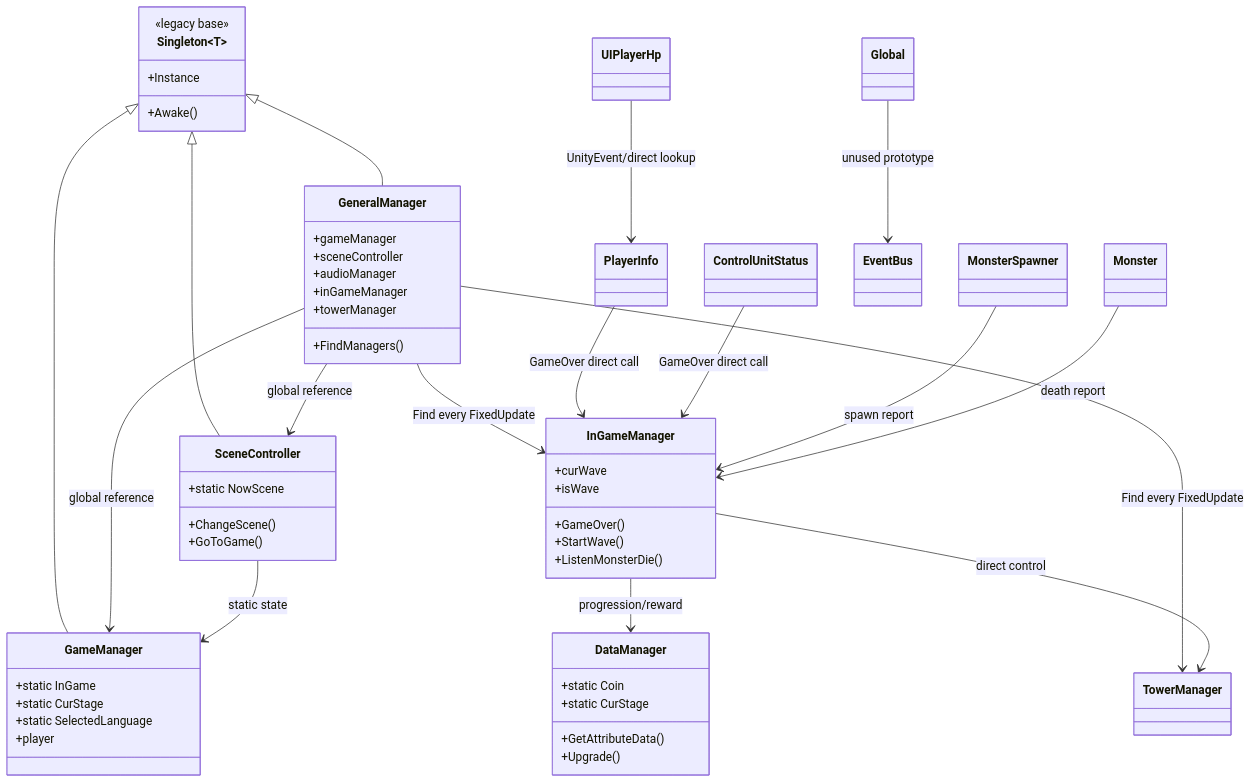
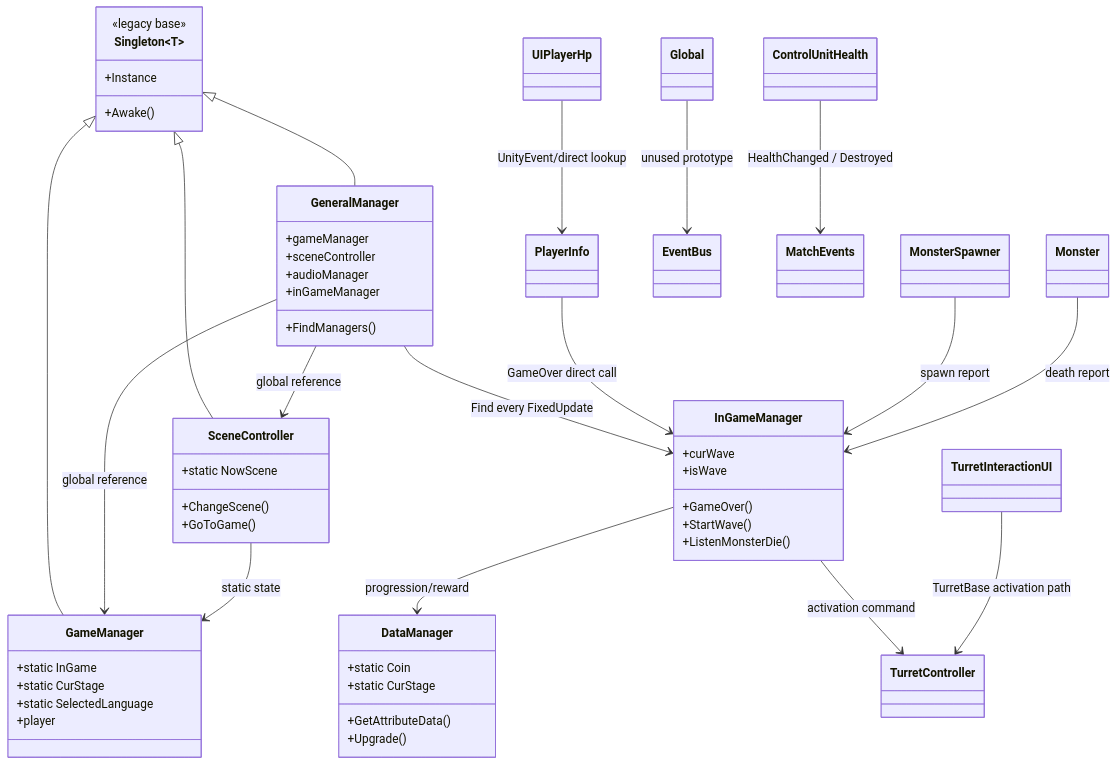
The first of 2 diagrams in Docs/architecture/architecture-rebuild-notes.md (Team-HJD-21/unity-6-the-developer), drawn with Mermaid before and after one commit. The commit also changed other lines of this file and 75 other files, not shown here.

````diff
--- a/Docs/architecture/architecture-rebuild-notes.md
+++ b/Docs/architecture/architecture-rebuild-notes.md
@@ -34,65 +35,65 @@
 ```mermaid
 classDiagram
     class Singleton~T~ {
         <<legacy base>>
         +Instance
         +Awake()
     }
     class GeneralManager {
         +gameManager
         +sceneController
         +audioManager
         +inGameManager
-        +towerManager
         +FindManagers()
     }
     class GameManager {
         +static InGame
         +static CurStage
         +static SelectedLanguage
         +player
     }
     class SceneController {
         +static NowScene
         +ChangeScene()
         +GoToGame()
     }
     class DataManager {
         +static Coin
         +static CurStage
         +GetAttributeData()
         +Upgrade()
     }
     class InGameManager {
         +curWave
         +isWave
         +GameOver()
         +StartWave()
         +ListenMonsterDie()
     }
-    class TowerManager
+    class TurretController
+    class TurretInteractionUI
     class PlayerInfo
-    class ControlUnitStatus
+    class ControlUnitHealth
     class UIPlayerHp
     class MonsterSpawner
     class Monster
     class Global
     class EventBus
 
     Singleton~T~ <|-- GeneralManager
     Singleton~T~ <|-- GameManager
     Singleton~T~ <|-- SceneController
     GeneralManager --> GameManager : global reference
     GeneralManager --> SceneController : global reference
     GeneralManager --> InGameManager : Find every FixedUpdate
-    GeneralManager --> TowerManager : Find every FixedUpdate
     SceneController --> GameManager : static state
     InGameManager --> DataManager : progression/reward
-    InGameManager --> TowerManager : direct control
+    InGameManager --> TurretController : activation command
+    TurretInteractionUI --> TurretController : TurretBase activation path
     PlayerInfo --> InGameManager : GameOver direct call
-    ControlUnitStatus --> InGameManager : GameOver direct call
+    ControlUnitHealth --> MatchEvents : HealthChanged / Destroyed
     UIPlayerHp --> PlayerInfo : UnityEvent/direct lookup
     MonsterSpawner --> InGameManager : spawn report
     Monster --> InGameManager : death report
     Global --> EventBus : unused prototype
 ```
````
